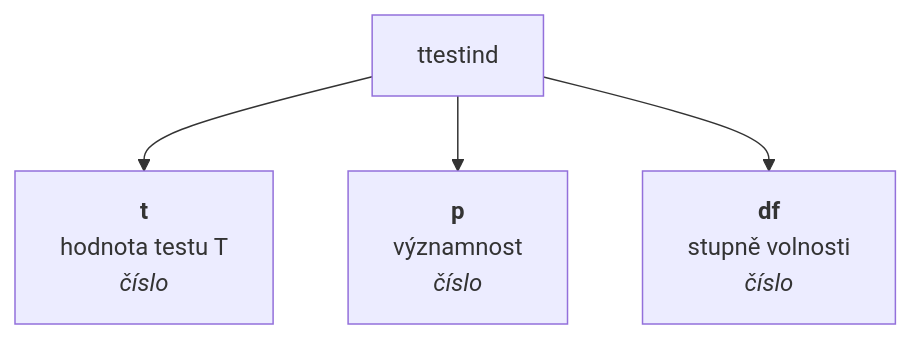
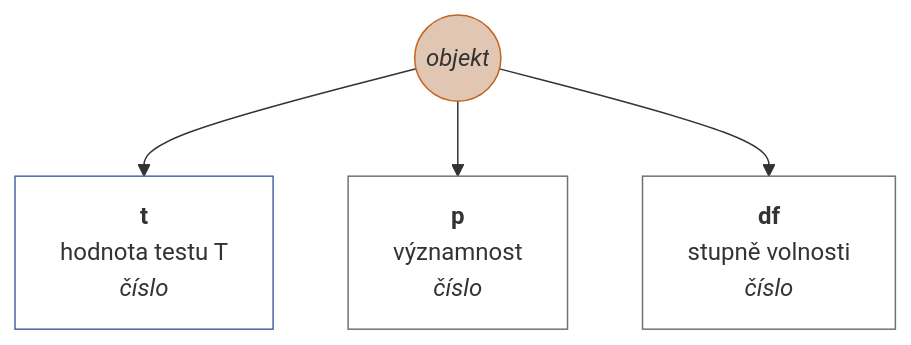
The eighth of 13 diagrams in docs/cs-CZ/matrix.md (muzikp/retusa), drawn with Mermaid before and after one commit. The commit also changed other lines of this file and 17 other files, not shown here.

````diff
--- a/docs/cs-CZ/matrix.md
+++ b/docs/cs-CZ/matrix.md
@@ -378,7 +444,16 @@
 ```mermaid
 graph TD
+ttestind((<i>objekt</i>))
+style ttestind fill:#E1C6B3;
+style ttestind stroke:#C36422;
 ttestind --> t[<b>t</b><br>hodnota testu T <br><i>číslo</i>]
+style t fill:#FFFFFF;
+style t stroke:#4967A4;
 ttestind --> p[<b>p</b><br>významnost <br><i>číslo</i>]
+style p fill:#FFFFFF;
+style p stroke:#75716F;
 ttestind --> df[<b>df</b><br>stupně volnosti <br><i>číslo</i>]
+style df fill:#FFFFFF;
+style df stroke:#75716F;
 
 ```
````
